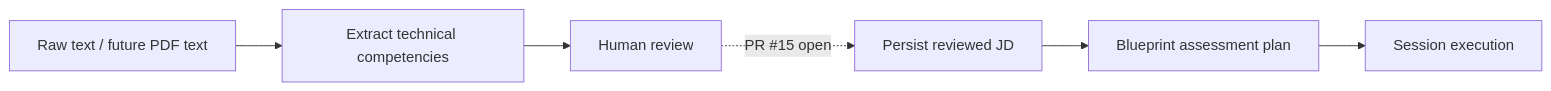
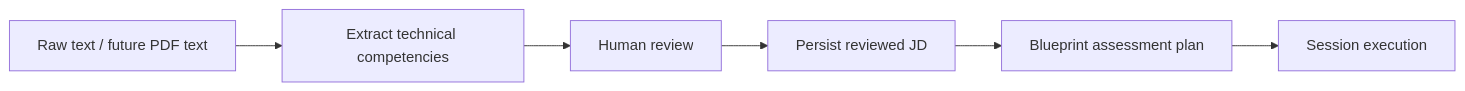
One commit to swp391-group3/ai-interview-practice-brain changed the diagram in 03_Domains/JD/JD-Overview.md. Above: the diagram before and after it, drawn with Mermaid. The commit also changed other lines of this file and 27 other files, not shown here.

````diff
--- a/03_Domains/JD/JD-Overview.md
+++ b/03_Domains/JD/JD-Overview.md
@@ -11,8 +11,8 @@
 ```mermaid
 flowchart LR
   Raw[Raw text / future PDF text] --> E[Extract technical competencies]
   E --> Review[Human review]
-  Review -. "PR #15 open" .-> Persist[Persist reviewed JD]
+  Review --> Persist[Persist reviewed JD]
   Persist --> Blueprint[Blueprint assessment plan]
   Blueprint --> Session[Session execution]
 ```
````
